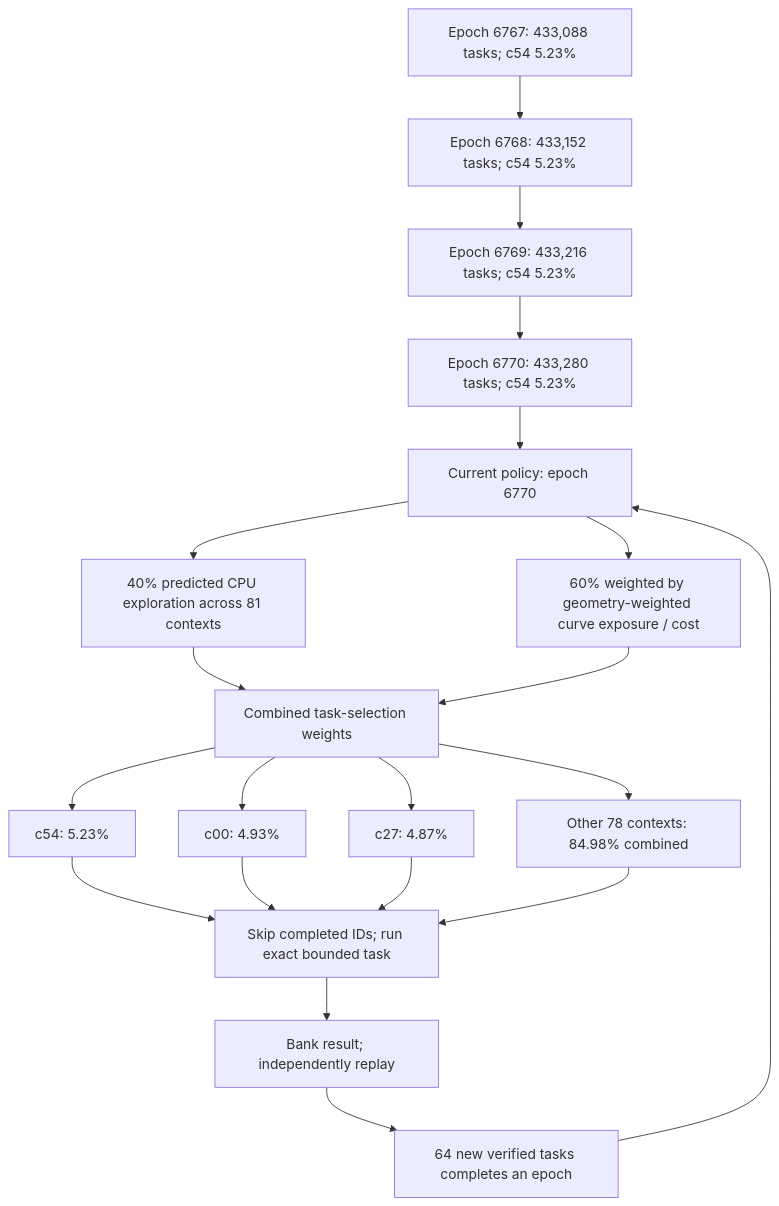
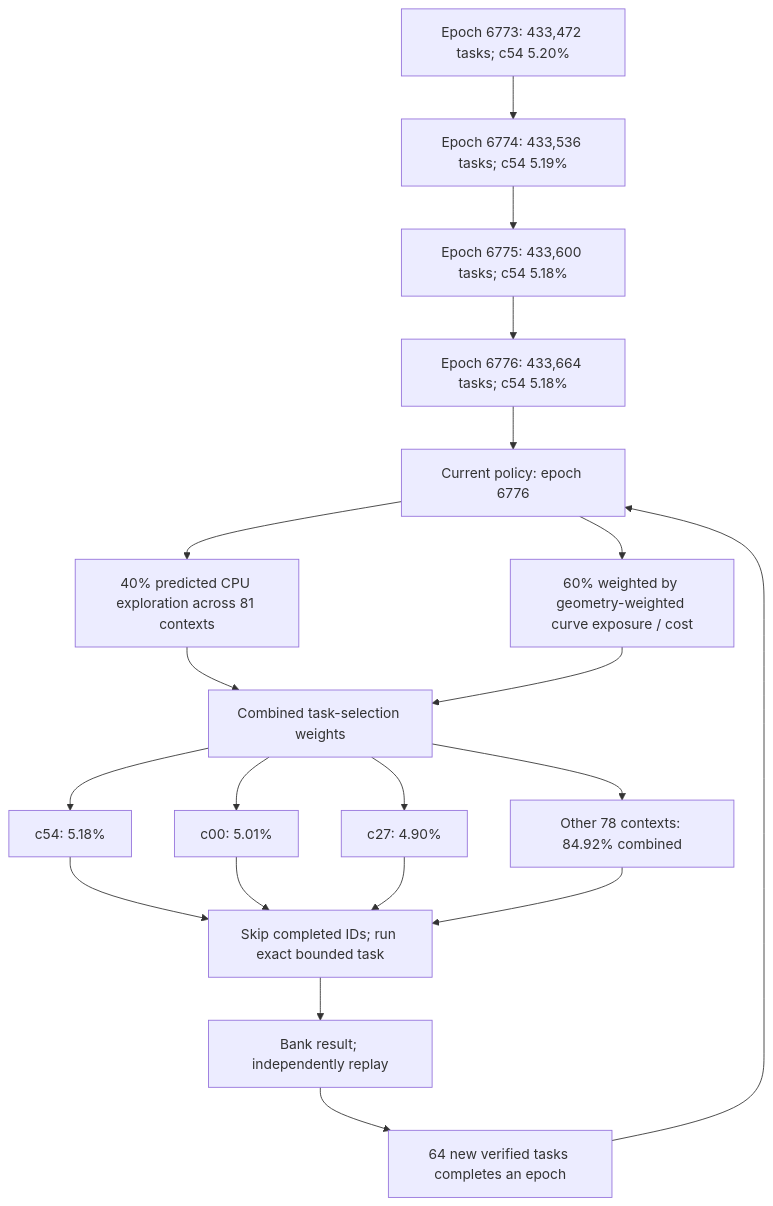
Before and after one commit to Kuberwastaken/math-gambling: the first of 4 diagrams in README.md, drawn with Mermaid. The commit also changed other lines of this file and 1389 other files, not shown here.

````diff
--- a/README.md
+++ b/README.md
@@ -60,27 +60,27 @@
 ```mermaid
 flowchart TD
-    H0["Epoch 6767: 433,088 tasks; c54 5.23%"]
-    H1["Epoch 6768: 433,152 tasks; c54 5.23%"]
+    H0["Epoch 6773: 433,472 tasks; c54 5.20%"]
+    H1["Epoch 6774: 433,536 tasks; c54 5.19%"]
     H0 --> H1
-    H2["Epoch 6769: 433,216 tasks; c54 5.23%"]
+    H2["Epoch 6775: 433,600 tasks; c54 5.18%"]
     H1 --> H2
-    H3["Epoch 6770: 433,280 tasks; c54 5.23%"]
+    H3["Epoch 6776: 433,664 tasks; c54 5.18%"]
     H2 --> H3
-    Policy["Current policy: epoch 6770"]
+    Policy["Current policy: epoch 6776"]
     H3 --> Policy
     Policy --> Explore["40% predicted CPU exploration across 81 contexts"]
     Policy --> Cost["60% weighted by geometry-weighted curve exposure / cost"]
     Explore --> Mix["Combined task-selection weights"]
     Cost --> Mix
-    Mix --> C0["c54: 5.23%"]
-    Mix --> C1["c00: 4.93%"]
-    Mix --> C2["c27: 4.87%"]
-    Mix --> Rest["Other 78 contexts: 84.98% combined"]
+    Mix --> C0["c54: 5.18%"]
+    Mix --> C1["c00: 5.01%"]
+    Mix --> C2["c27: 4.90%"]
+    Mix --> Rest["Other 78 contexts: 84.92% combined"]
     C0 --> Check["Skip completed IDs; run exact bounded task"]
     C1 --> Check
     C2 --> Check
     Rest --> Check
     Check --> Replay["Bank result; independently replay"]
     Replay --> Gate["64 new verified tasks completes an epoch"]
     Gate --> Policy
 ```
````
